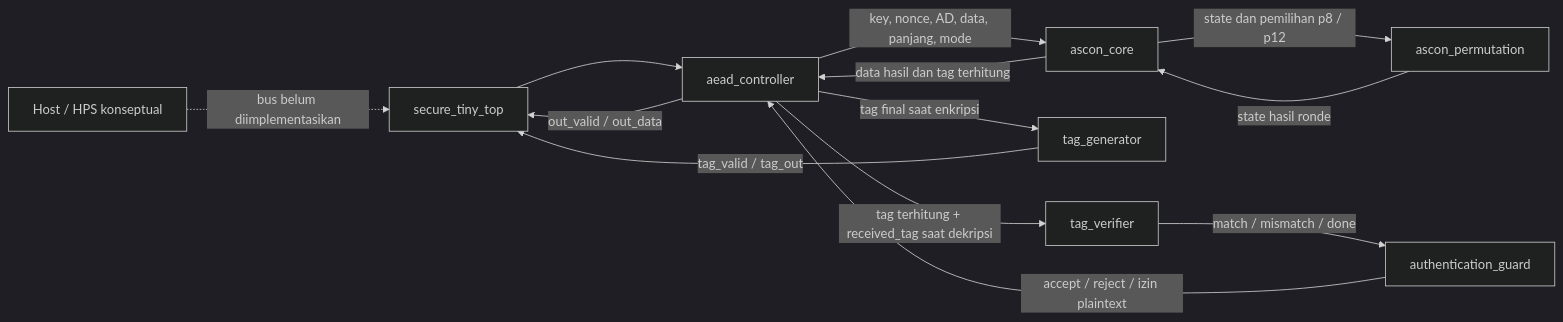
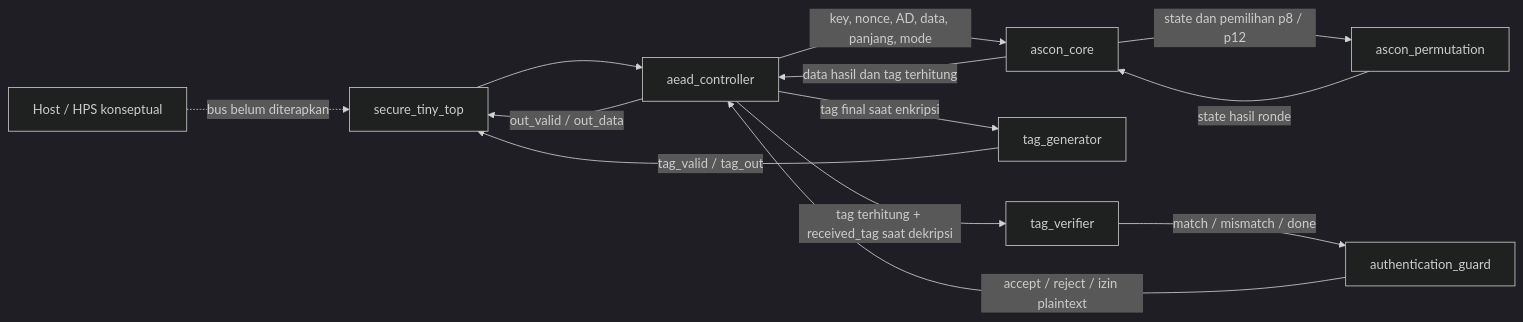
One commit to Ripanrz/secure-tiny changed the diagram in docs/file-map-and-integration.md. Above: the diagram before and after it, drawn with Mermaid (dark theme). The commit also changed other lines of this file and 7 other files, not shown here.

````diff
--- a/docs/file-map-and-integration.md
+++ b/docs/file-map-and-integration.md
@@ -9,15 +9,15 @@
 ```mermaid
 flowchart LR
-    Host[Host / HPS konseptual] -. bus belum diimplementasikan .-> Top[secure_tiny_top]
+    Host[Host / HPS konseptual] -. bus belum diterapkan .-> Top[secure_tiny_top]
     Top --> Ctrl[aead_controller]
     Ctrl -->|key, nonce, AD, data, panjang, mode| Core[ascon_core]
     Core -->|state dan pemilihan p8 / p12| Perm[ascon_permutation]
     Perm -->|state hasil ronde| Core
     Core -->|data hasil dan tag terhitung| Ctrl
     Ctrl -->|tag final saat enkripsi| TG[tag_generator]
     TG -->|tag_valid / tag_out| Top
     Ctrl -->|tag terhitung + received_tag saat dekripsi| TV[tag_verifier]
     TV -->|match / mismatch / done| Guard[authentication_guard]
     Guard -->|accept / reject / izin plaintext| Ctrl
     Ctrl -->|out_valid / out_data| Top
 ```
````
